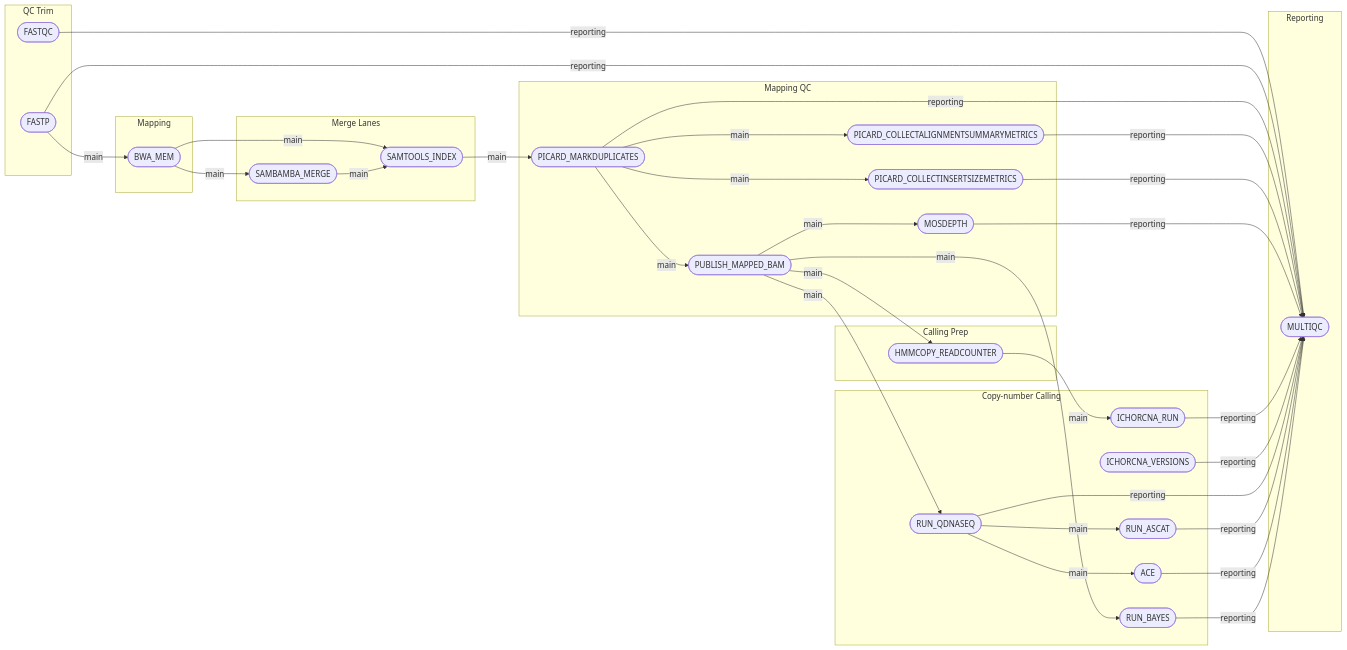
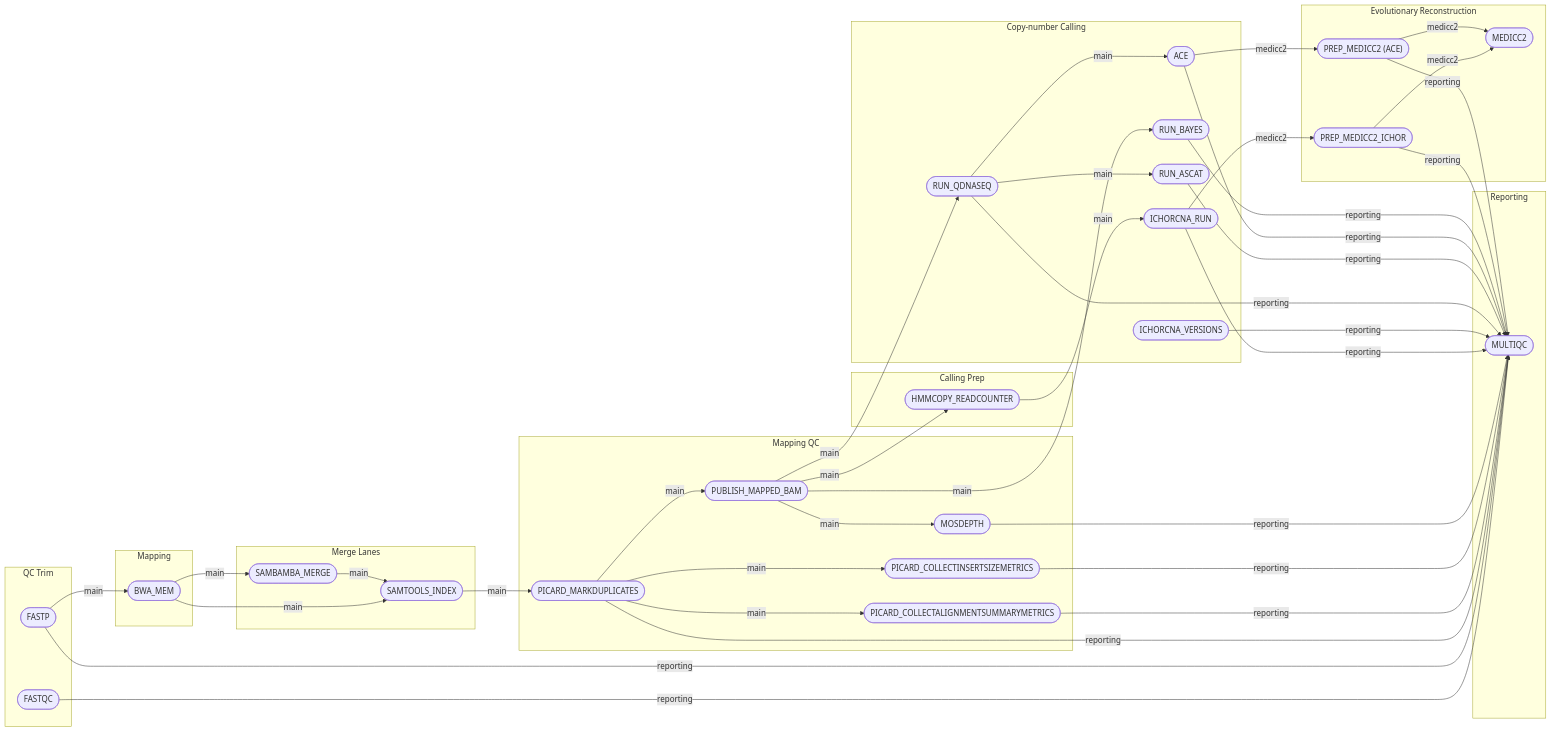
Before and after one commit to chelauk/lp-wgs: the diagram in docs/metro/lp_wgs-metro-map.mmd, drawn with Mermaid. The commit also changed 10 other files, not shown here.

````diff
--- a/docs/metro/lp_wgs-metro-map.mmd
+++ b/docs/metro/lp_wgs-metro-map.mmd
@@ -3,6 +3,7 @@
 %%metro style: dark
 %%metro line_order: span
 %%metro line: main | Main | #2db572
+%%metro line: medicc2 | MEDICC2 (Optional) | #9b59b6
 %%metro line: reporting | Reporting | #f5c542
 
 graph LR
@@ -41,6 +42,12 @@
         run_bayes([RUN_BAYES])
     end
 
+    subgraph reconstruction [Evolutionary Reconstruction]
+        prep_medicc2_ichor(["PREP_MEDICC2_ICHOR"])
+        prep_medicc2_ace(["PREP_MEDICC2 (ACE)"])
+        medicc2([MEDICC2])
+    end
+
     subgraph reporting [Reporting]
         multiqc([MULTIQC])
     end
@@ -66,6 +73,11 @@
 
     publish_mapped_bam -->|main| run_bayes
 
+    ichorcna_run -->|medicc2| prep_medicc2_ichor
+    ace -->|medicc2| prep_medicc2_ace
+    prep_medicc2_ichor -->|medicc2| medicc2
+    prep_medicc2_ace -->|medicc2| medicc2
+
     fastqc -->|reporting| multiqc
     fastp -->|reporting| multiqc
     picard_markduplicates -->|reporting| multiqc
@@ -78,4 +90,6 @@
     run_ascat -->|reporting| multiqc
     ace -->|reporting| multiqc
     run_bayes -->|reporting| multiqc
+    prep_medicc2_ichor -->|reporting| multiqc
+    prep_medicc2_ace -->|reporting| multiqc
 ```
````
